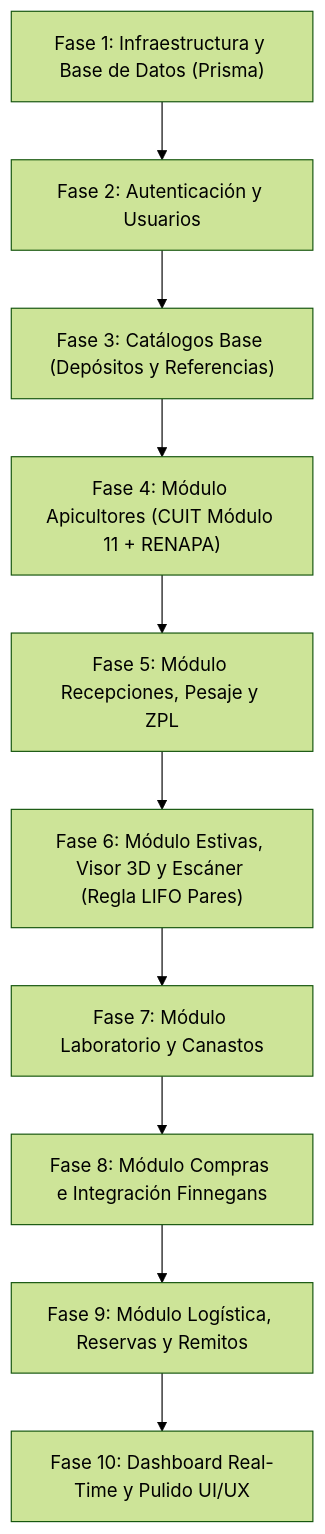
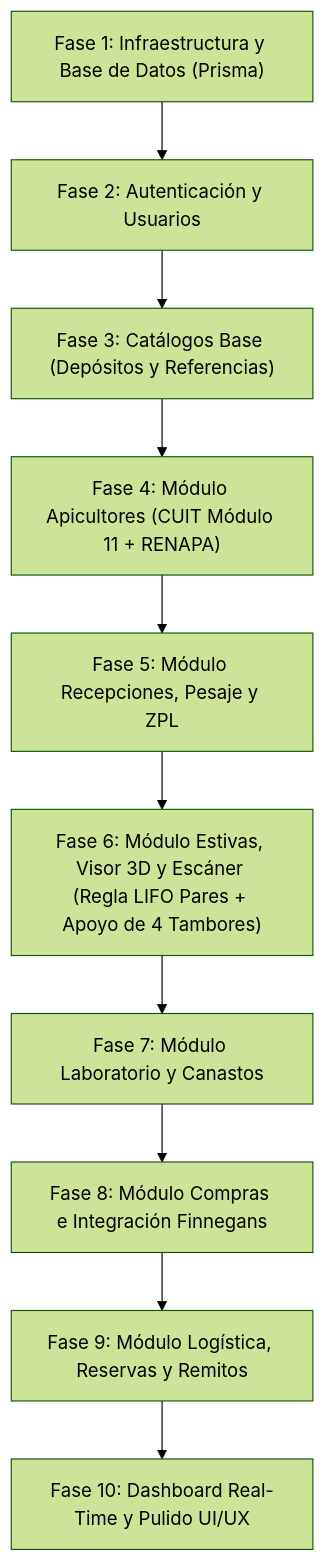
Before and after one commit to HasselGit/GeoStock-Replication: the diagram in implementation_plan.md, drawn with Mermaid (forest theme). The commit also changed other lines of this file, not shown here.

````diff
--- a/implementation_plan.md
+++ b/implementation_plan.md
@@ -9,12 +9,12 @@
 ```mermaid
 flowchart TD
     Fase1["Fase 1: Infraestructura y Base de Datos (Prisma)"] --> Fase2["Fase 2: Autenticación y Usuarios"]
     Fase2 --> Fase3["Fase 3: Catálogos Base (Depósitos y Referencias)"]
     Fase3 --> Fase4["Fase 4: Módulo Apicultores (CUIT Módulo 11 + RENAPA)"]
     Fase4 --> Fase5["Fase 5: Módulo Recepciones, Pesaje y ZPL"]
-    Fase5 --> Fase6["Fase 6: Módulo Estivas, Visor 3D y Escáner (Regla LIFO Pares)"]
+    Fase5 --> Fase6["Fase 6: Módulo Estivas, Visor 3D y Escáner (Regla LIFO Pares + Apoyo de 4 Tambores)"]
     Fase6 --> Fase7["Fase 7: Módulo Laboratorio y Canastos"]
     Fase7 --> Fase8["Fase 8: Módulo Compras e Integración Finnegans"]
     Fase8 --> Fase9["Fase 9: Módulo Logística, Reservas y Remitos"]
     Fase9 --> Fase10["Fase 10: Dashboard Real-Time y Pulido UI/UX"]
 ```
````
